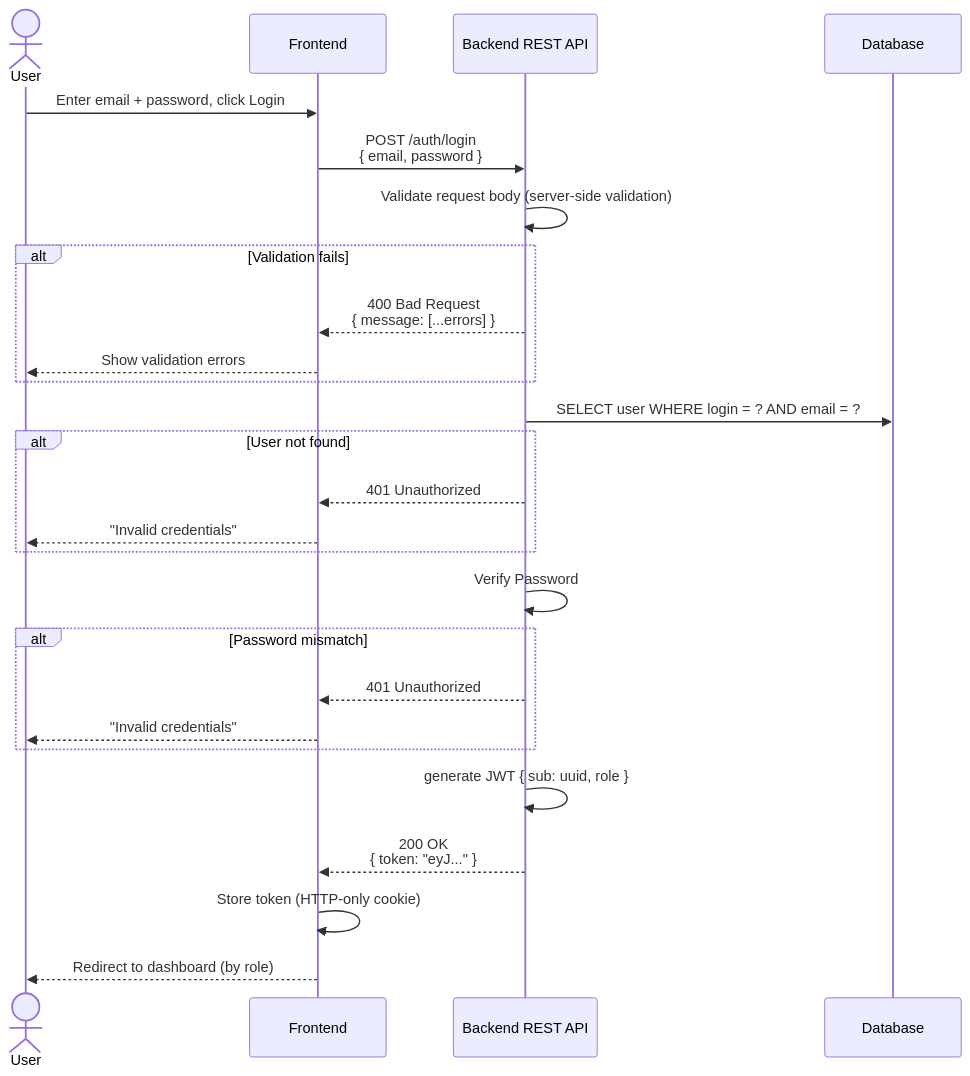
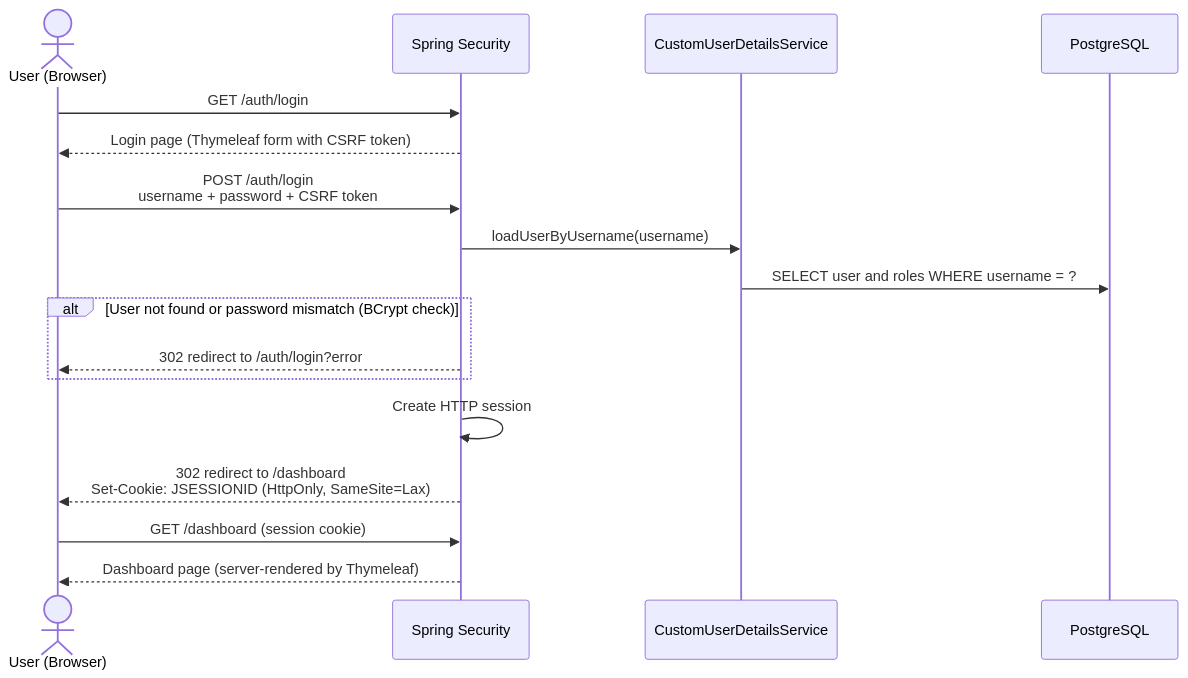
The second of 4 diagrams in CONTRIBUTING.md (ebouchut/learn-dev), drawn with Mermaid before and after one commit. The commit also changed other lines of this file, not shown here.

Commit message:
docs(contributing): Align architecture diagrams with the server-rendered app
The system and login diagrams described a JWT-secured REST API with a
TypeScript frontend. Replace them with the actual architecture: Spring MVC
controllers rendering Thymeleaf views server-side, Spring Security form
login with a session cookie (JSESSIONID, HttpOnly, SameSite=Lax), CSRF
protection, and CustomUserDetailsService loading users from PostgreSQL.

````diff
--- a/CONTRIBUTING.md
+++ b/CONTRIBUTING.md
@@ -83,35 +85,22 @@
 ```mermaid
 sequenceDiagram
-    actor U as User
-    participant FE as Frontend
-    participant API as Backend REST API
-    participant DB as Database
+    actor U as User (Browser)
+    participant SEC as Spring Security
+    participant UDS as CustomUserDetailsService
+    participant DB as PostgreSQL
 
-    U->>FE: Enter email + password, click Login
+    U->>SEC: GET /auth/login
+    SEC-->>U: Login page (Thymeleaf form with CSRF token)
 
-    FE->>API: POST /auth/login<br/>{ email, password }
-
-    API->>API: Validate request body (server-side validation)
-    alt Validation fails
-        API-->>FE: 400 Bad Request<br/>{ message: [...errors] }
-        FE-->>U: Show validation errors
+    U->>SEC: POST /auth/login<br/>username + password + CSRF token
+    SEC->>UDS: loadUserByUsername(username)
+    UDS->>DB: SELECT user and roles WHERE username = ?
+    alt User not found or password mismatch (BCrypt check)
+        SEC-->>U: 302 redirect to /auth/login?error
     end
 
-    API->>DB: SELECT user WHERE login = ? AND email = ?
-    alt User not found
-        API-->>FE: 401 Unauthorized
-        FE-->>U: "Invalid credentials"
-    end
-
-    API->>API: Verify Password
-    alt Password mismatch
-        API-->>FE: 401 Unauthorized
-        FE-->>U: "Invalid credentials"
-    end
-
-    API->>API: generate JWT { sub: uuid, role }
-    API-->>FE: 200 OK<br/>{ token: "eyJ..." }
-
-    FE->>FE: Store token (HTTP-only cookie)
-    FE-->>U: Redirect to dashboard (by role)
+    SEC->>SEC: Create HTTP session
+    SEC-->>U: 302 redirect to /dashboard<br/>Set-Cookie: JSESSIONID (HttpOnly, SameSite=Lax)
+    U->>SEC: GET /dashboard (session cookie)
+    SEC-->>U: Dashboard page (server-rendered by Thymeleaf)
 ```
````
